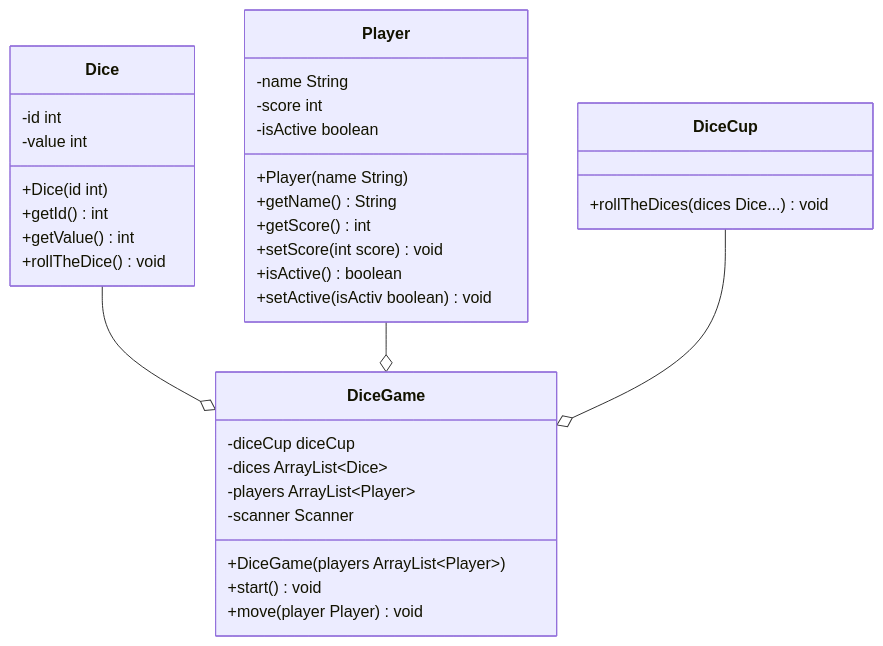
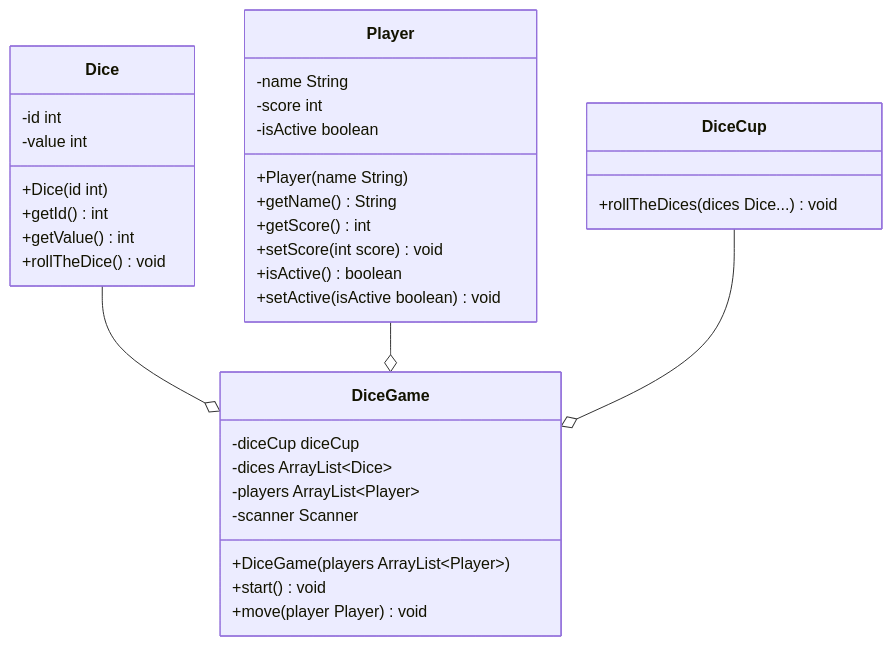
One commit to jappuccini/java-docs changed the diagram in docs/exercises/uml/class-diagrams02.md. Above: the diagram before and after it, drawn with Mermaid.

````diff
--- a/docs/exercises/uml/class-diagrams02.md
+++ b/docs/exercises/uml/class-diagrams02.md
@@ -17,41 +17,41 @@
 ```mermaid
 classDiagram
     Dice --o DiceGame
     Player --o DiceGame
     DiceCup --o DiceGame
 
     class Player {
         -name String
         -score int
         -isActive boolean
         +Player(name String)
         +getName() String
         +getScore() int
         +setScore(int score) void
         +isActive() boolean
-        +setActive(isActiv boolean) void
+        +setActive(isActive boolean) void
     } 
 
     class Dice {
         -id int
         -value int
         +Dice(id int)
         +getId() int
         +getValue() int
         +rollTheDice() void
     }
 
     class DiceCup {
         +rollTheDices(dices Dice...) void
     }
 
     class DiceGame {
         -diceCup diceCup
         -dices ArrayList~Dice~
         -players ArrayList~Player~
         -scanner Scanner
         +DiceGame(players ArrayList~Player~)
         +start() void
         +move(player Player) void
     }
 ```
````
